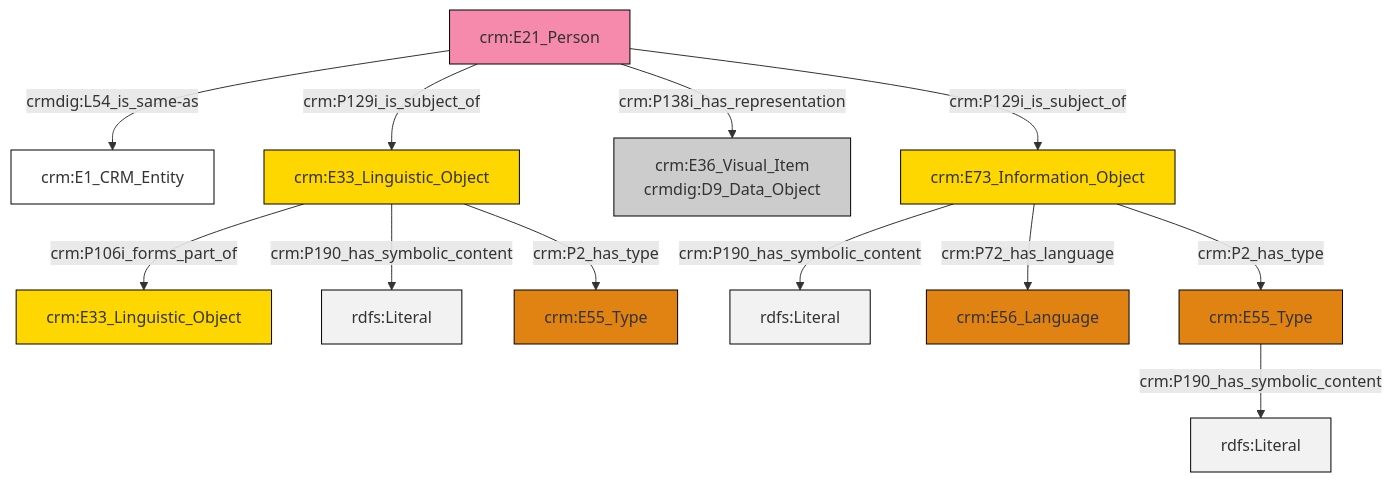
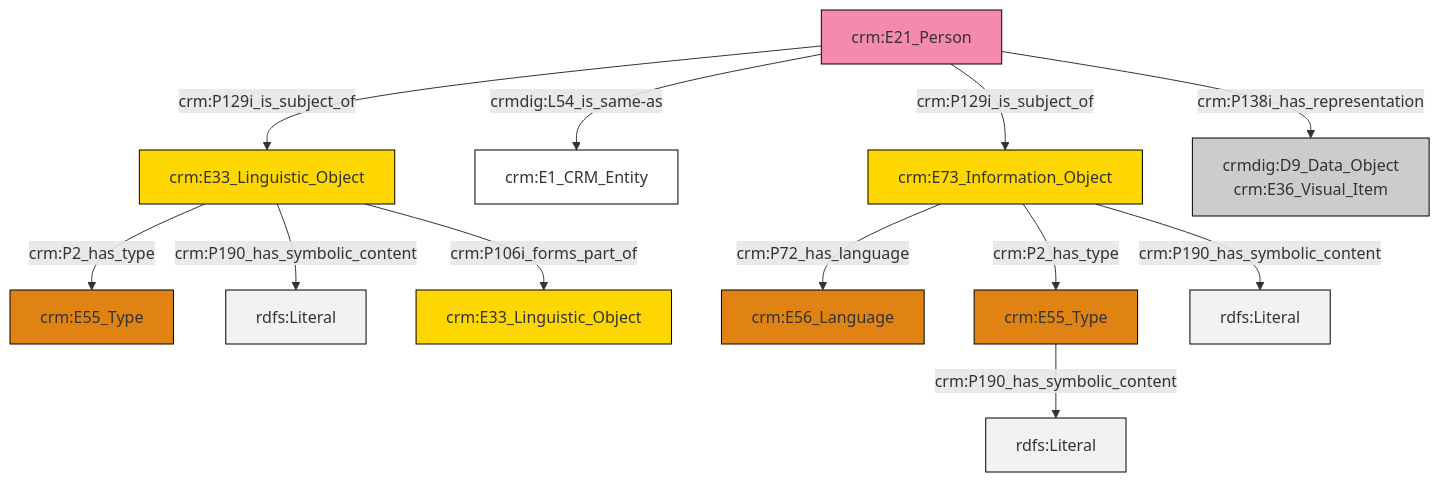
The diagram in et/personCSV/ttl/mmd/Person_Documentation.ttl.mmd (swiss-art-research-net/reference-data-models), drawn with Mermaid before and after one commit. The commit also changed 127 other files, not shown here.

```diff
--- a/et/personCSV/ttl/mmd/Person_Documentation.ttl.mmd
+++ b/et/personCSV/ttl/mmd/Person_Documentation.ttl.mmd
@@ -1,26 +1,26 @@
 graph TD
 classDef Literal fill:#f2f2f2,stroke:#000000;
 classDef CRM_Entity fill:#FFFFFF,stroke:#000000;
 classDef Temporal_Entity fill:#00C9E6, stroke:#000000;
 classDef Type fill:#E18312, stroke:#000000;
 classDef Time-Span fill:#2C9C91, stroke:#000000;
 classDef Appellation fill:#FFEB7F, stroke:#000000;
 classDef Place fill:#008836, stroke:#000000;
 classDef Persistent_Item fill:#B266B2, stroke:#000000;
 classDef Conceptual_Object fill:#FFD700, stroke:#000000;
 classDef Physical_Thing fill:#D2B48C, stroke:#000000;
 classDef Actor fill:#f58aad, stroke:#000000;
 classDef PC_Classes fill:#4ce600, stroke:#000000;
 classDef Multi fill:#cccccc,stroke:#000000;
 
-2["crm:E21_Person"]:::Actor -->|crmdig:L54_is_same-as| 3["crm:E1_CRM_Entity"]:::CRM_Entity
-4["crm:E33_Linguistic_Object"]:::Conceptual_Object -->|crm:P106i_forms_part_of| 5["crm:E33_Linguistic_Object"]:::Conceptual_Object
-6["crm:E73_Information_Object"]:::Conceptual_Object -->|crm:P190_has_symbolic_content| 7[rdfs:Literal]:::Literal
-4["crm:E33_Linguistic_Object"]:::Conceptual_Object -->|crm:P190_has_symbolic_content| 8[rdfs:Literal]:::Literal
-4["crm:E33_Linguistic_Object"]:::Conceptual_Object -->|crm:P2_has_type| 14["crm:E55_Type"]:::Type
-6["crm:E73_Information_Object"]:::Conceptual_Object -->|crm:P72_has_language| 16["crm:E56_Language"]:::Type
-2["crm:E21_Person"]:::Actor -->|crm:P129i_is_subject_of| 4["crm:E33_Linguistic_Object"]:::Conceptual_Object
-2["crm:E21_Person"]:::Actor -->|crm:P138i_has_representation| 9["crm:E36_Visual_Item<br>crmdig:D9_Data_Object"]:::Multi
-0["crm:E55_Type"]:::Type -->|crm:P190_has_symbolic_content| 20[rdfs:Literal]:::Literal
-6["crm:E73_Information_Object"]:::Conceptual_Object -->|crm:P2_has_type| 0["crm:E55_Type"]:::Type
-2["crm:E21_Person"]:::Actor -->|crm:P129i_is_subject_of| 6["crm:E73_Information_Object"]:::Conceptual_Object
+2["crm:E33_Linguistic_Object"]:::Conceptual_Object -->|crm:P2_has_type| 3["crm:E55_Type"]:::Type
+5["crm:E55_Type"]:::Type -->|crm:P190_has_symbolic_content| 6[rdfs:Literal]:::Literal
+7["crm:E21_Person"]:::Actor -->|crm:P129i_is_subject_of| 2["crm:E33_Linguistic_Object"]:::Conceptual_Object
+2["crm:E33_Linguistic_Object"]:::Conceptual_Object -->|crm:P190_has_symbolic_content| 10[rdfs:Literal]:::Literal
+0["crm:E73_Information_Object"]:::Conceptual_Object -->|crm:P72_has_language| 11["crm:E56_Language"]:::Type
+7["crm:E21_Person"]:::Actor -->|crmdig:L54_is_same-as| 12["crm:E1_CRM_Entity"]:::CRM_Entity
+7["crm:E21_Person"]:::Actor -->|crm:P129i_is_subject_of| 0["crm:E73_Information_Object"]:::Conceptual_Object
+7["crm:E21_Person"]:::Actor -->|crm:P138i_has_representation| 8["crmdig:D9_Data_Object<br>crm:E36_Visual_Item"]:::Multi
+0["crm:E73_Information_Object"]:::Conceptual_Object -->|crm:P2_has_type| 5["crm:E55_Type"]:::Type
+2["crm:E33_Linguistic_Object"]:::Conceptual_Object -->|crm:P106i_forms_part_of| 19["crm:E33_Linguistic_Object"]:::Conceptual_Object
+0["crm:E73_Information_Object"]:::Conceptual_Object -->|crm:P190_has_symbolic_content| 20[rdfs:Literal]:::Literal
```
